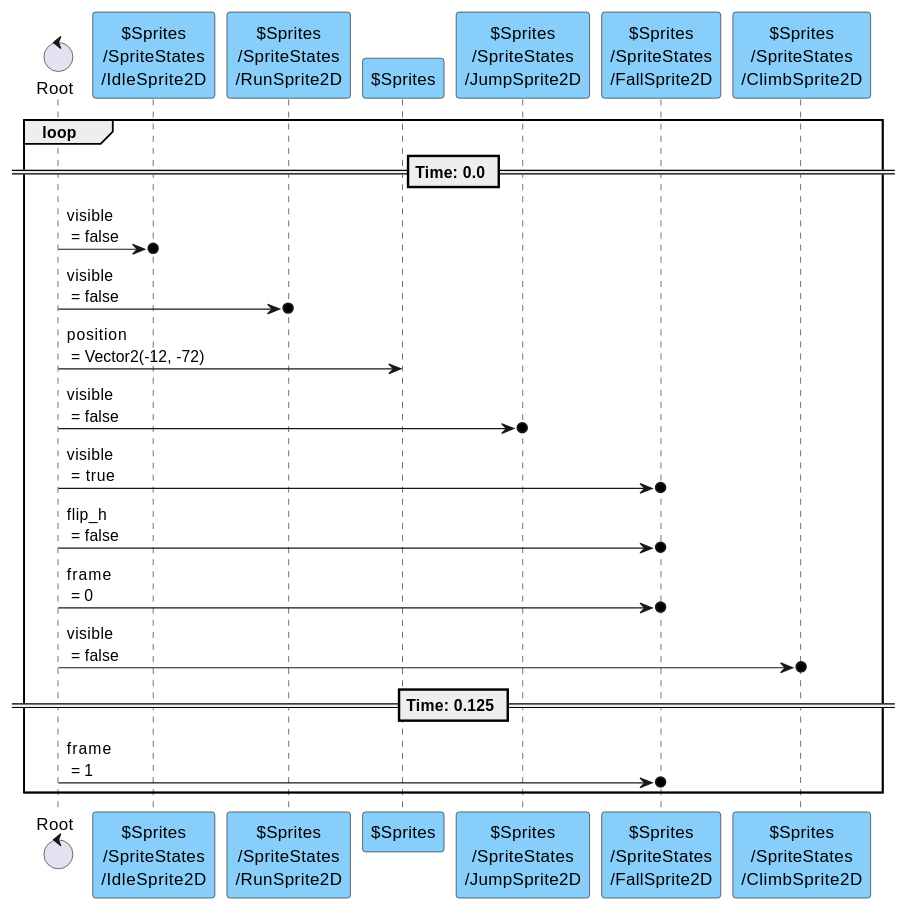
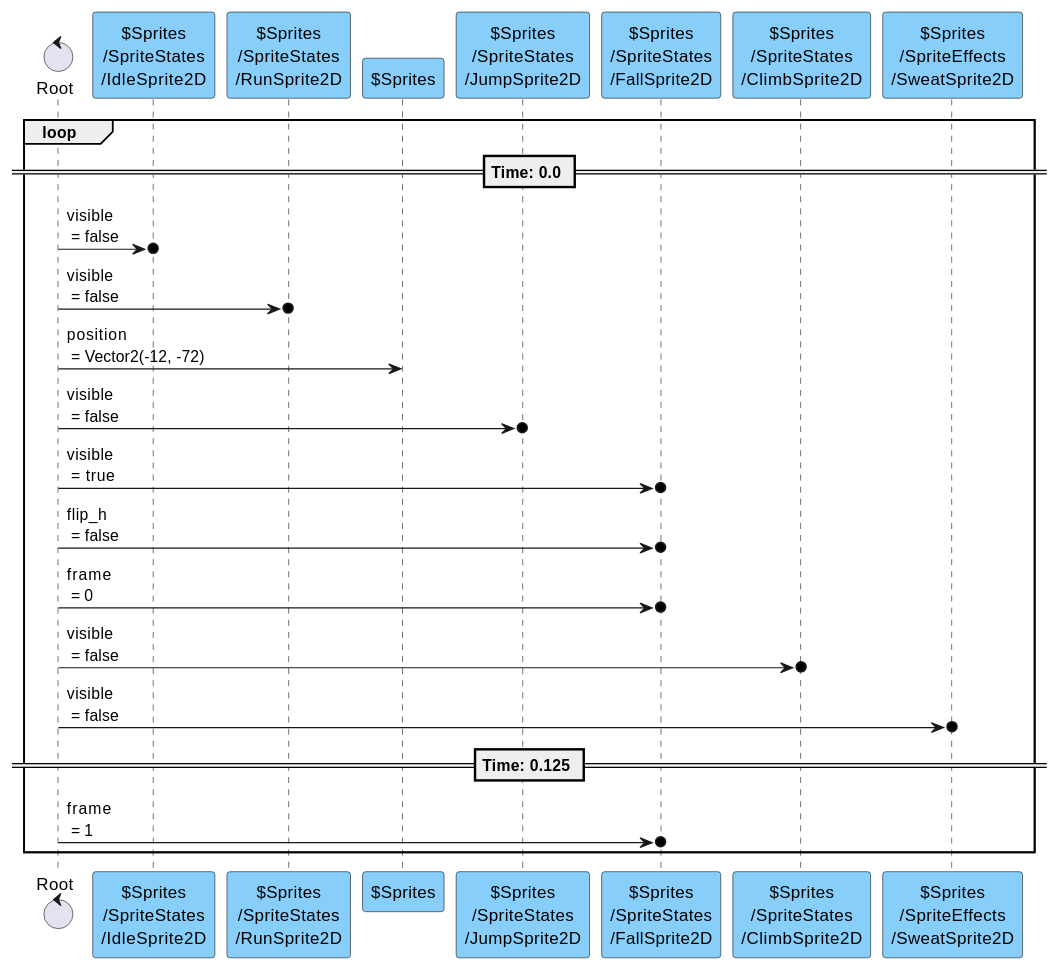
The sixth of 13 diagrams in content/scenes/src/player/player.tscn.adoc (tkmfujise/Platformer-Game-Learning), drawn with PlantUML before and after one commit. The commit also changed other lines of this file and 224 other files, not shown here.

```diff
--- a/content/scenes/src/player/player.tscn.adoc
+++ b/content/scenes/src/player/player.tscn.adoc
@@ -627,26 +658,28 @@
 [plantuml]
 ....
 control "Root" as R
 participant "$Sprites\n/SpriteStates\n/IdleSprite2D" as T0 #87CEFA
 participant "$Sprites\n/SpriteStates\n/RunSprite2D" as T1 #87CEFA
 participant "$Sprites" as T2 #87CEFA
 participant "$Sprites\n/SpriteStates\n/JumpSprite2D" as T3 #87CEFA
 participant "$Sprites\n/SpriteStates\n/FallSprite2D" as T4 #87CEFA
 participant "$Sprites\n/SpriteStates\n/ClimbSprite2D" as T7 #87CEFA
+participant "$Sprites\n/SpriteEffects\n/SweatSprite2D" as T8 #87CEFA
 
 
 loop
 == Time: 0.0 ==
 R  ->o  T0 : visible\n = false
 R  ->o  T1 : visible\n = false
 R  ->  T2 : position\n = Vector2(-12, -72)
 R  ->o  T3 : visible\n = false
 R  ->o  T4 : visible\n = true
 R  ->o  T4 : flip_h\n = false
 R  ->o  T4 : frame\n = 0
 R  ->o  T7 : visible\n = false
+R  ->o  T8 : visible\n = false
 == Time: 0.125 ==
 R  ->o  T4 : frame\n = 1
 
 end
 ....
```
